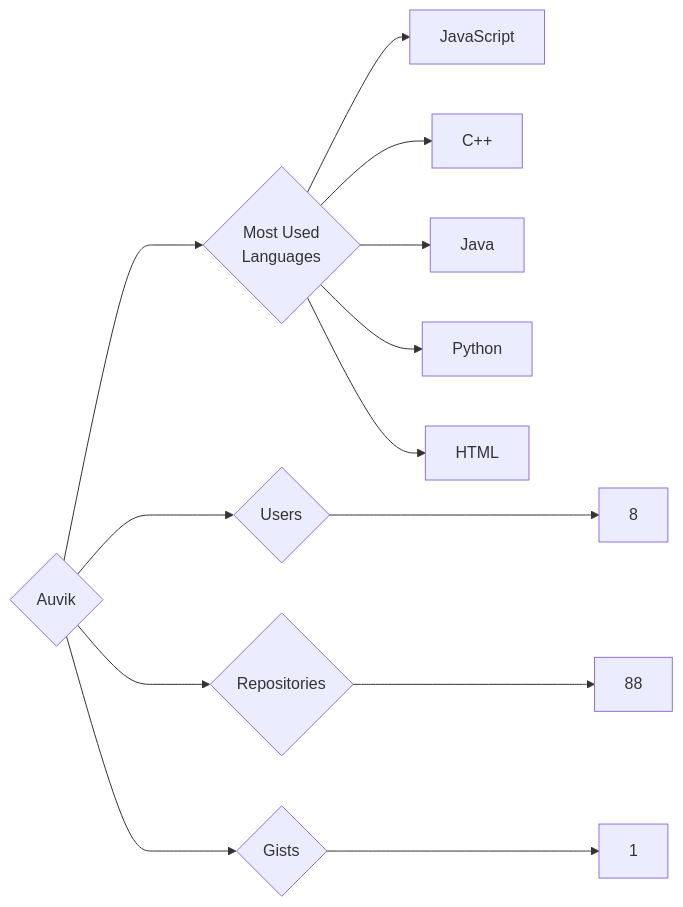
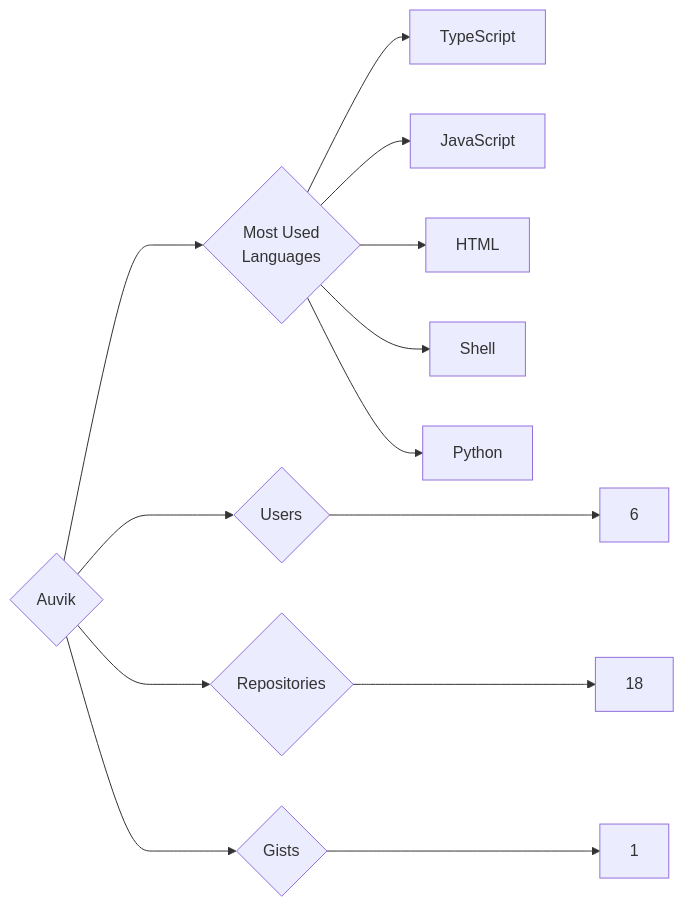
The diagram in targets/Auvik/README.md (trickest/insiders), drawn with Mermaid before and after one commit. The commit also changed 944 other files, not shown here.

````diff
--- a/targets/Auvik/README.md
+++ b/targets/Auvik/README.md
@@ -3,13 +3,13 @@
 ```mermaid
 graph LR
 COMPANY_NAME{Auvik}
-COMPANY_NAME ---> U{Users} ---> UN[8]
-COMPANY_NAME ---> R{Repositories} ---> RN[88]
+COMPANY_NAME ---> U{Users} ---> UN[6]
+COMPANY_NAME ---> R{Repositories} ---> RN[18]
 COMPANY_NAME ---> G{Gists} ---> GN[1]
 COMPANY_NAME ---> ML{Most Used<br>Languages}
+ML --> TypeScript[TypeScript]
 ML --> JavaScript[JavaScript]
-ML --> C++[C++]
-ML --> Java[Java]
+ML --> HTML[HTML]
+ML --> Shell[Shell]
 ML --> Python[Python]
-ML --> HTML[HTML]
 ```
````
